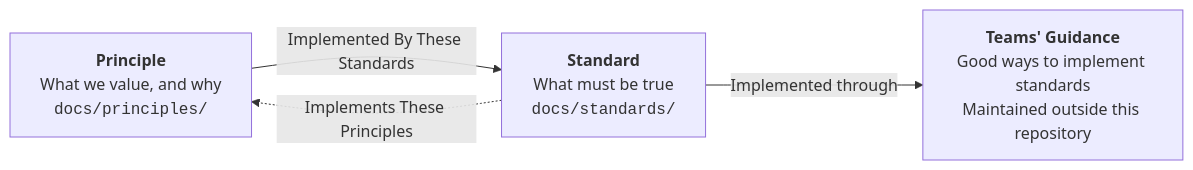
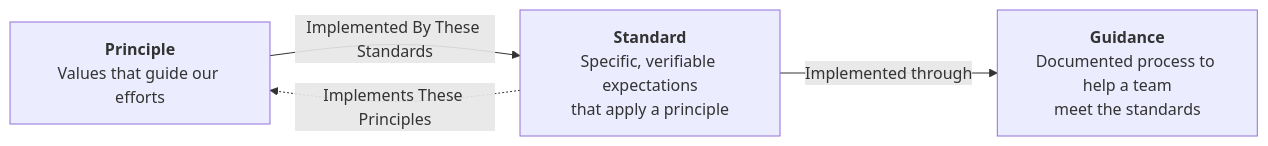
Before and after one commit to tewhatuora/dap-engineering-standards: the diagram in README.md, drawn with Mermaid. The commit also changed other lines of this file and 1 other file, not shown here.

````diff
--- a/README.md
+++ b/README.md
@@ -13,9 +10,9 @@
 ```mermaid
 flowchart LR
-    P["<b>Principle</b><br/>What we value, and why<br/><code>docs/principles/</code>"]
-    S["<b>Standard</b><br/>What must be true<br/><code>docs/standards/</code>"]
-    G["<b>Teams' Guidance</b><br/>Good ways to implement standards<br/>Maintained outside this repository"]
+    P["<b>Principle</b><br/>Values that guide our efforts"]
+    S["<b>Standard</b><br/>Specific, verifiable expectations<br/>that apply a principle"]
+    G["<b>Guidance</b><br/>Documented process to help a team<br/>meet the standards"]
     P -->|"Implemented By These Standards"| S
     S -->|"Implemented through"| G
     S -.->|"Implements These Principles"| P
 ```
````
